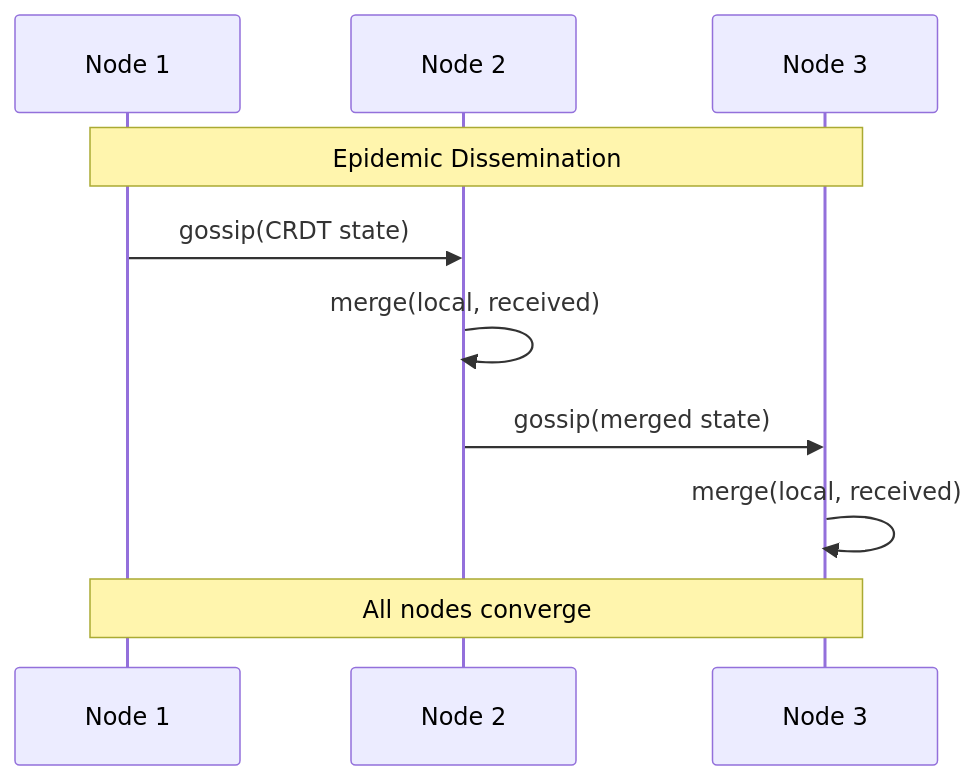
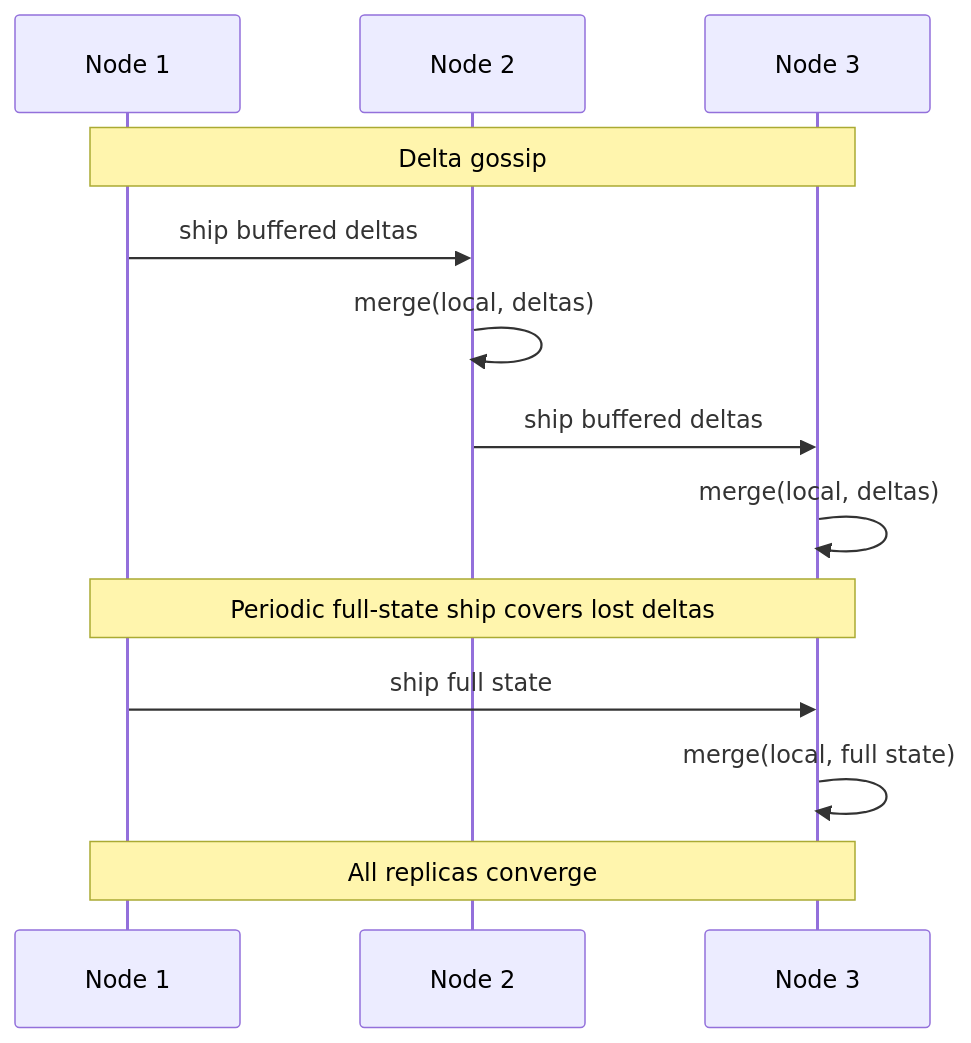
One commit to w-h-a/meld changed the third of 4 diagrams in README.md. Above: the diagram before and after it, drawn with Mermaid. The commit also changed other lines of this file, not shown here.

````diff
--- a/README.md
+++ b/README.md
@@ -79,13 +87,16 @@
 ```mermaid
 sequenceDiagram
     participant N1 as Node 1
     participant N2 as Node 2
     participant N3 as Node 3
 
-    Note over N1,N3: Epidemic Dissemination
-    N1->>N2: gossip(CRDT state)
-    N2->>N2: merge(local, received)
-    N2->>N3: gossip(merged state)
-    N3->>N3: merge(local, received)
-    Note over N1,N3: All nodes converge
+    Note over N1,N3: Delta gossip
+    N1->>N2: ship buffered deltas
+    N2->>N2: merge(local, deltas)
+    N2->>N3: ship buffered deltas
+    N3->>N3: merge(local, deltas)
+    Note over N1,N3: Periodic full-state ship covers lost deltas
+    N1->>N3: ship full state
+    N3->>N3: merge(local, full state)
+    Note over N1,N3: All replicas converge
 ```
````
